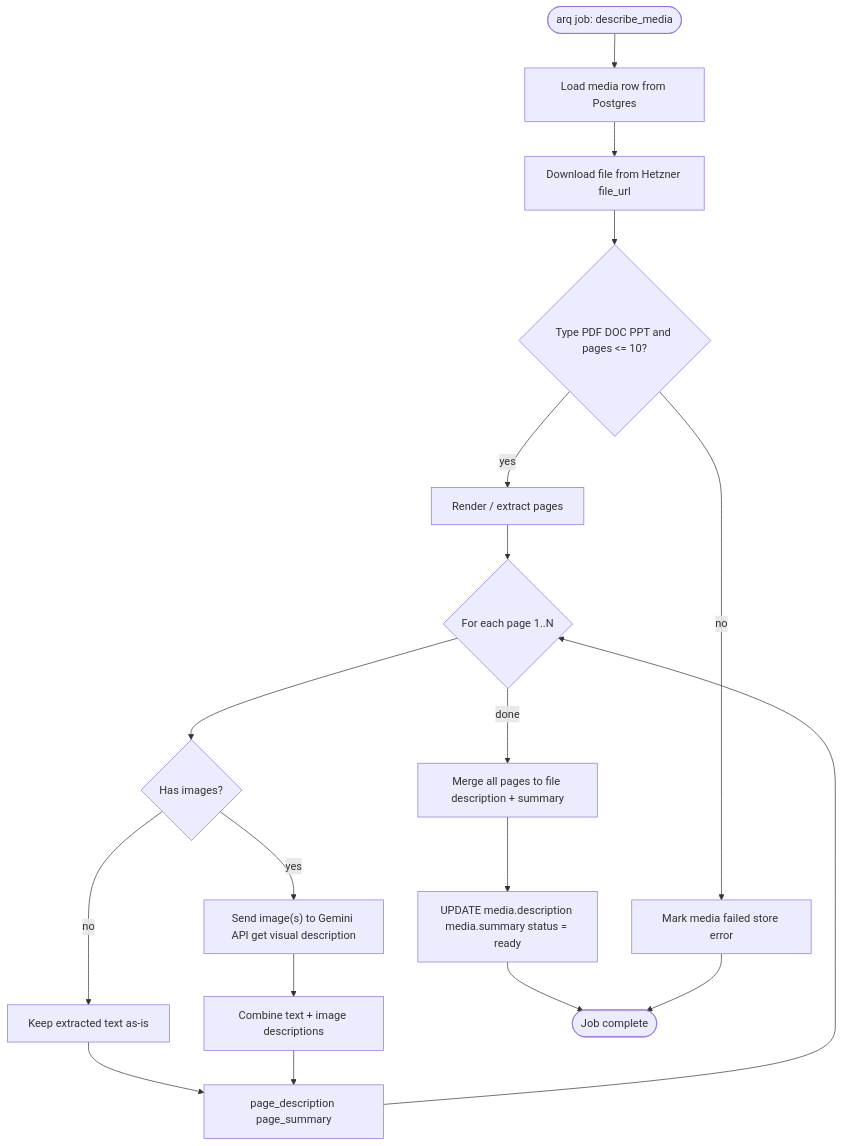
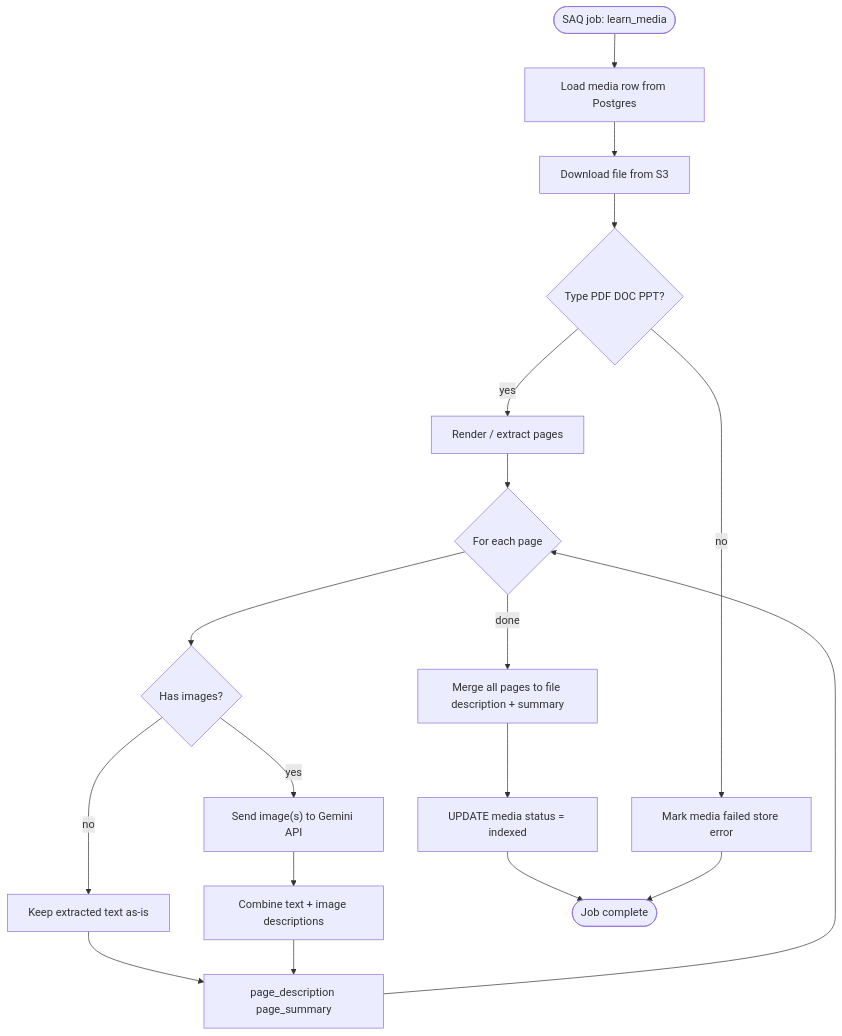
One commit to BasselSallam2/teacher-mock changed the third of 7 diagrams in docs/architecture/02-media-describer-flow.md. Above: the diagram before and after it, drawn with Mermaid. The commit also changed other lines of this file and 10 other files, not shown here.

Commit message:
Enhance README and add system overview documentation; update media handling and lesson planning architecture. Introduce nested media folders and clarify production stack details.

````diff
--- a/docs/architecture/02-media-describer-flow.md
+++ b/docs/architecture/02-media-describer-flow.md
@@ -68,22 +71,22 @@
 ```mermaid
 flowchart TB
-  Start([arq job: describe_media]) --> Load["Load media row from Postgres"]
-  Load --> Fetch["Download file from Hetzner file_url"]
-  Fetch --> Validate{"Type PDF DOC PPT and pages <= 10?"}
+  Start([SAQ job: learn_media]) --> Load["Load media row from Postgres"]
+  Load --> Fetch["Download file from S3"]
+  Fetch --> Validate{"Type PDF DOC PPT?"}
   Validate -->|no| Fail["Mark media failed store error"]
   Validate -->|yes| Pages["Render / extract pages"]
 
-  Pages --> PageLoop{"For each page 1..N"}
+  Pages --> PageLoop{"For each page"}
   PageLoop --> Detect{"Has images?"}
   Detect -->|no| TextOnly["Keep extracted text as-is"]
-  Detect -->|yes| Gemini["Send image(s) to Gemini API get visual description"]
+  Detect -->|yes| Gemini["Send image(s) to Gemini API"]
   Gemini --> MergePage["Combine text + image descriptions"]
   TextOnly --> PageOut["page_description page_summary"]
   MergePage --> PageOut
   PageOut --> PageLoop
 
   PageLoop -->|done| FileMerge["Merge all pages to file description + summary"]
-  FileMerge --> Save["UPDATE media.description media.summary status = ready"]
+  FileMerge --> Save["UPDATE media status = indexed"]
   Save --> End([Job complete])
   Fail --> End
 ```
````
